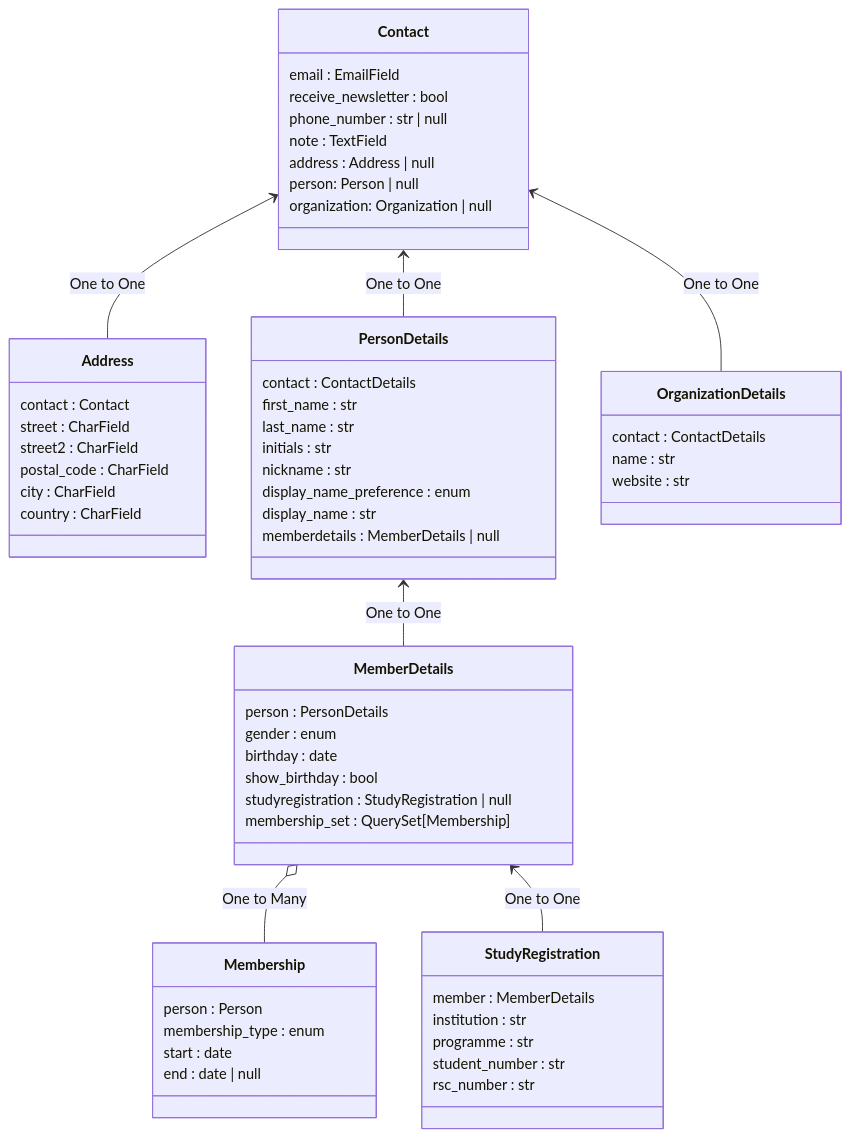
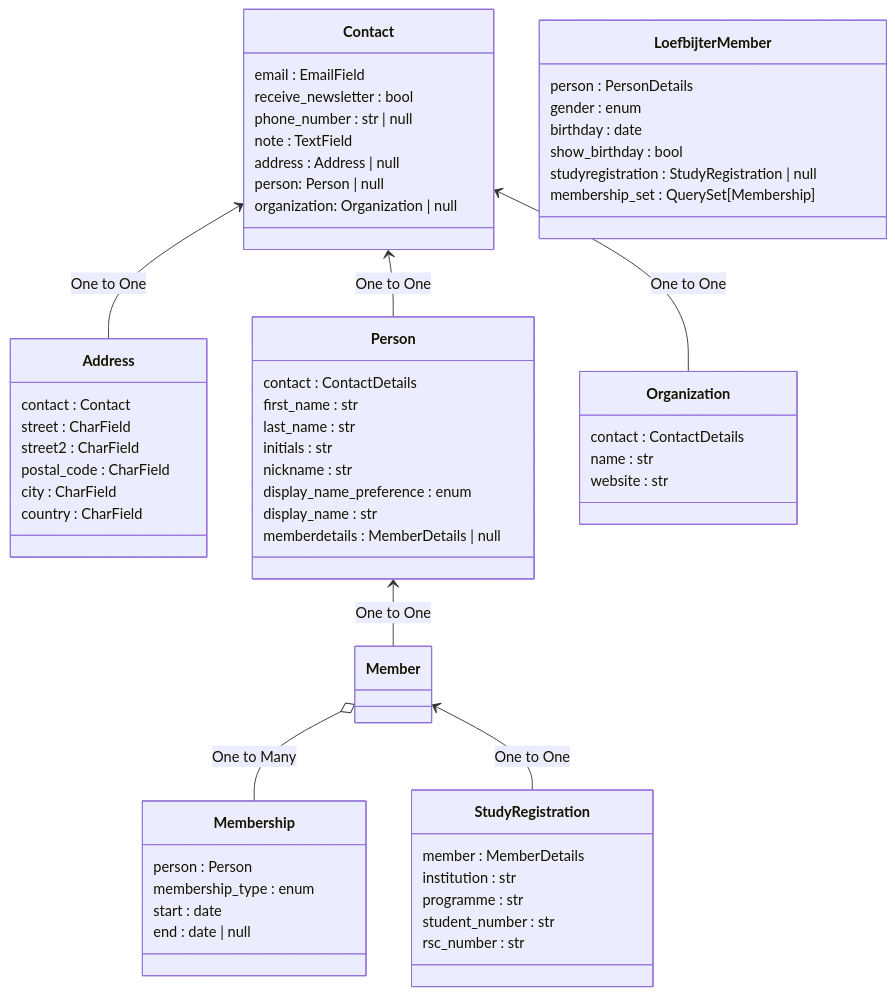
One commit to SypTitan/loefsys changed the diagram in docs/_static/relations-contacts.md. Above: the diagram before and after it, drawn with Mermaid.

Commit message:
Update relations diagram

````diff
--- a/docs/_static/relations-contacts.md
+++ b/docs/_static/relations-contacts.md
@@ -1,75 +1,75 @@
 ```mermaid
 classDiagram
 
     class Contact {
         email : EmailField
         receive_newsletter : bool
         phone_number : str | null
         note : TextField
 
         address : Address | null
         person: Person | null
         organization: Organization | null
     }
 
     class Address {
         contact : Contact
 
         street : CharField
         street2 : CharField
         postal_code : CharField
         city : CharField
         country : CharField
     }
 
-    class PersonDetails {
+    class Person {
         contact : ContactDetails
 
         first_name : str
         last_name : str
         initials : str
         nickname : str
         display_name_preference : enum
         display_name : str
 
         memberdetails : MemberDetails | null
     }
 
-    class OrganizationDetails {
+    class Organization {
         contact : ContactDetails
         name : str
         website : str
     }
 
-    class MemberDetails {
+    class LoefbijterMember {
         person : PersonDetails
         gender : enum
         birthday : date
         show_birthday : bool
         studyregistration : StudyRegistration | null
         membership_set : QuerySet[Membership]
     }
 
     class StudyRegistration {
         member : MemberDetails
 
         institution : str
         programme : str
         student_number : str
         rsc_number : str
     }
 
     class Membership {
         person : Person
         membership_type : enum
         start : date
         end : date | null
     }
 
     Contact <-- Address : One to One
-    Contact <-- OrganizationDetails : One to One
-    Contact <-- PersonDetails : One to One
-    PersonDetails <-- MemberDetails : One to One
-    MemberDetails o-- Membership : One to Many
-    MemberDetails <-- StudyRegistration : One to One
+    Contact <-- Organization : One to One
+    Contact <-- Person : One to One
+    Person <-- Member : One to One
+    Member o-- Membership : One to Many
+    Member <-- StudyRegistration : One to One
 ```
````
